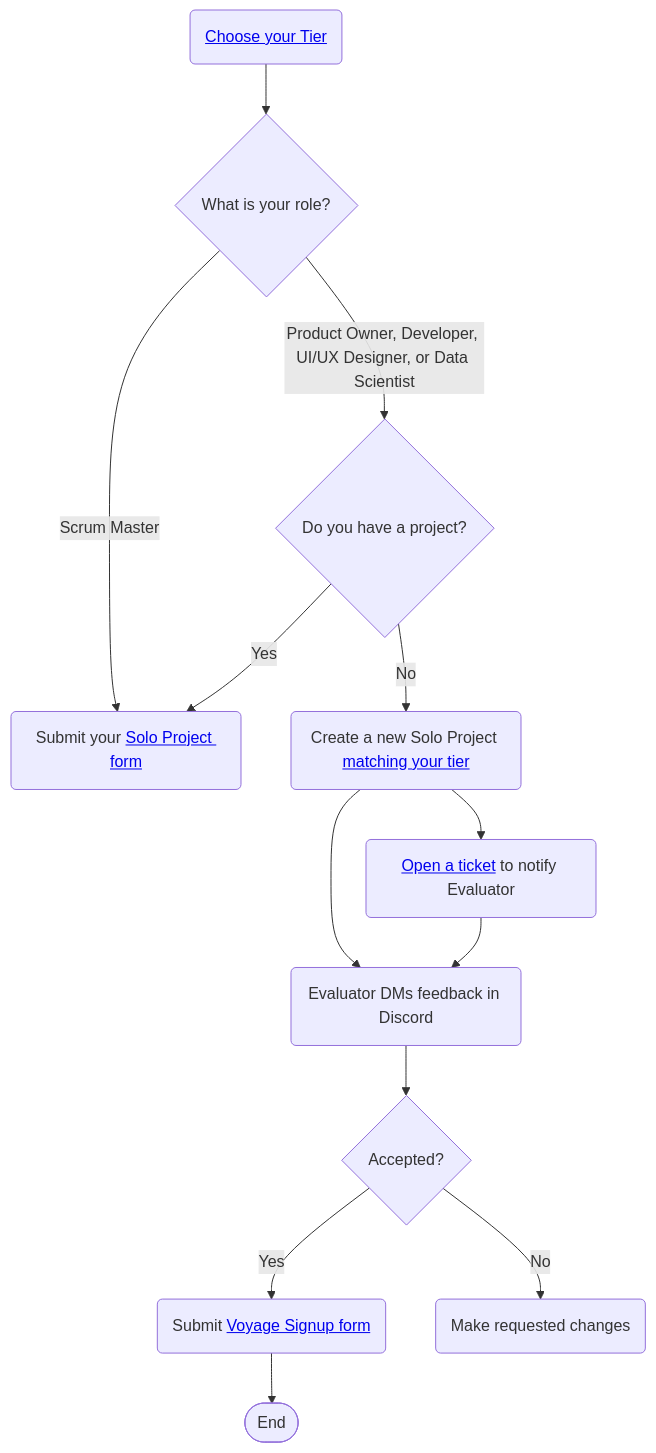
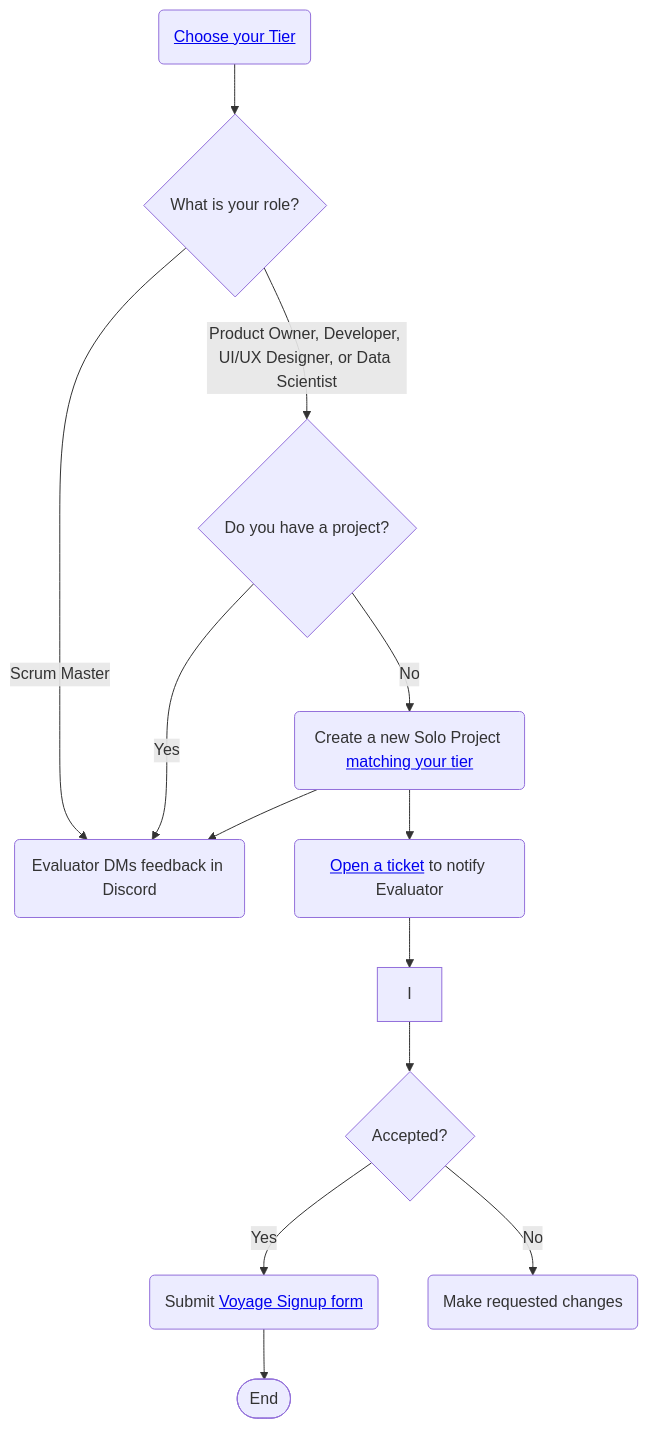
Before and after one commit to chingu-voyages/Handbook: the diagram in docs/guides/soloproject/soloproject.md, drawn with Mermaid.

Commit message:
Feature: Refine Solo Project flowchart

````diff
--- a/docs/guides/soloproject/soloproject.md
+++ b/docs/guides/soloproject/soloproject.md
@@ -17,17 +17,17 @@
 ```mermaid
 graph TB
     A(<a href='https://github.com/chingu-voyages/Handbook/blob/main/docs/guides/soloproject/soloproject.md#1-choose-your-tier-1%EF%B8%8F%E2%83%A3-2%EF%B8%8F%E2%83%A3-3%EF%B8%8F%E2%83%A3'>Choose your Tier</a>) --> B{What is your role?}
     B -- Scrum Master --> G
     B -- Product Owner, Developer, UI/UX Designer, or Data Scientist --> F{Do you have a project?}
     F -- Yes --> G(Submit your <a href='https://forms.gle/D3Nu1VvfH3FDFBRr6'>Solo Project form</a>)
     F -- No --> H(Create a new Solo Project <a href='https://github.com/chingu-voyages/Handbook/blob/main/docs/guides/soloproject/soloproject.md#2-submit-a-project-that-matches-your-tier-'>matching your tier</a>)
-    H --> I(Evaluator DMs feedback in Discord)
+    H --> G(Evaluator DMs feedback in Discord)
 
     I --> J{Accepted?};
     J -- Yes --> K(Submit <a href='https://forms.gle/dFaNuYWAjARd99qo8' target='_blank'>Voyage Signup form</a>);
     J -- No --> L(Make requested changes);
     H --> M(<a href='https://discord.com/channels/330284646283608064/1193342042080817323' target='_blank'>Open a ticket</a> to notify Evaluator);
     M --> I;
 
     K --> Z([End]);
 ```
````
